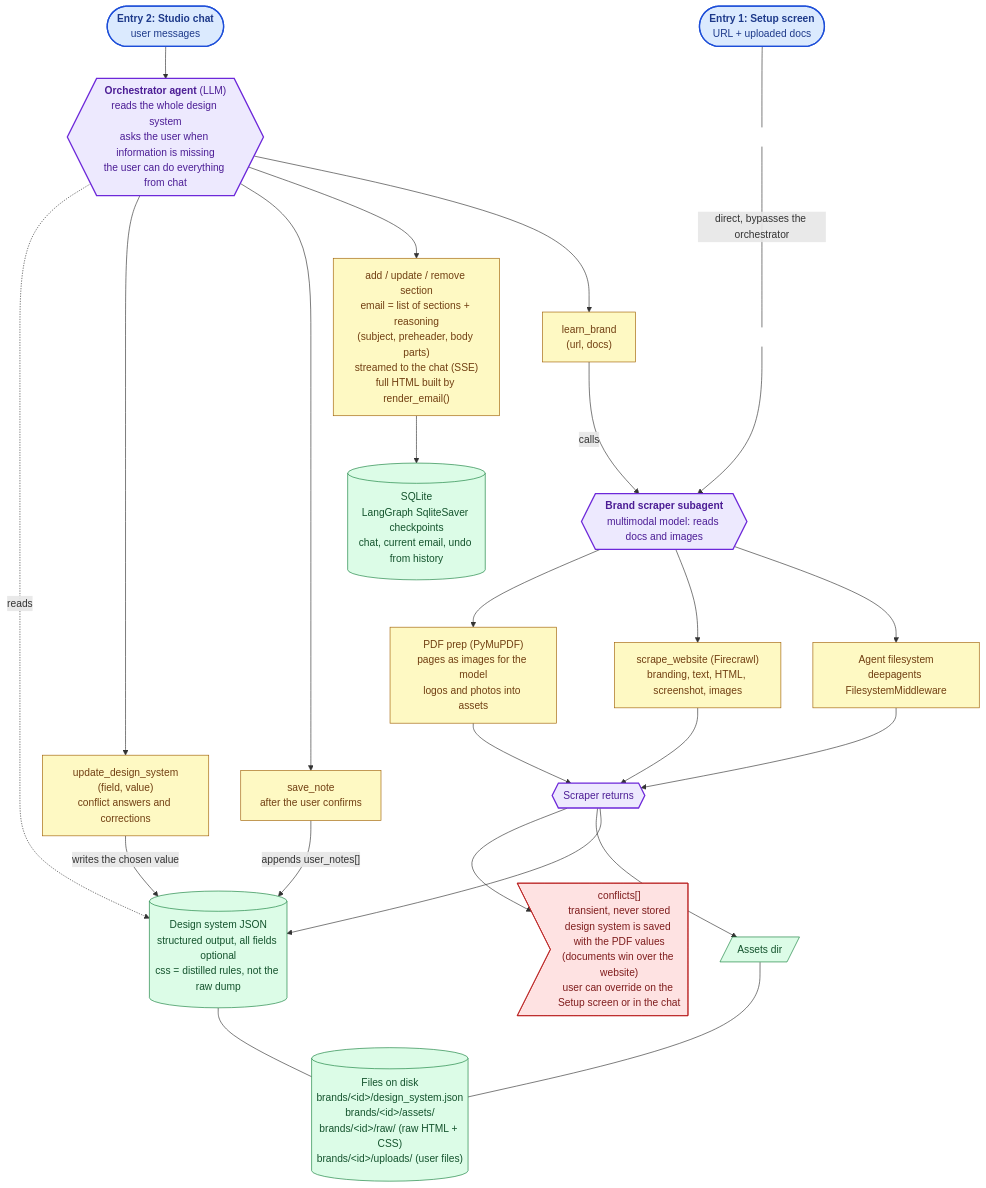
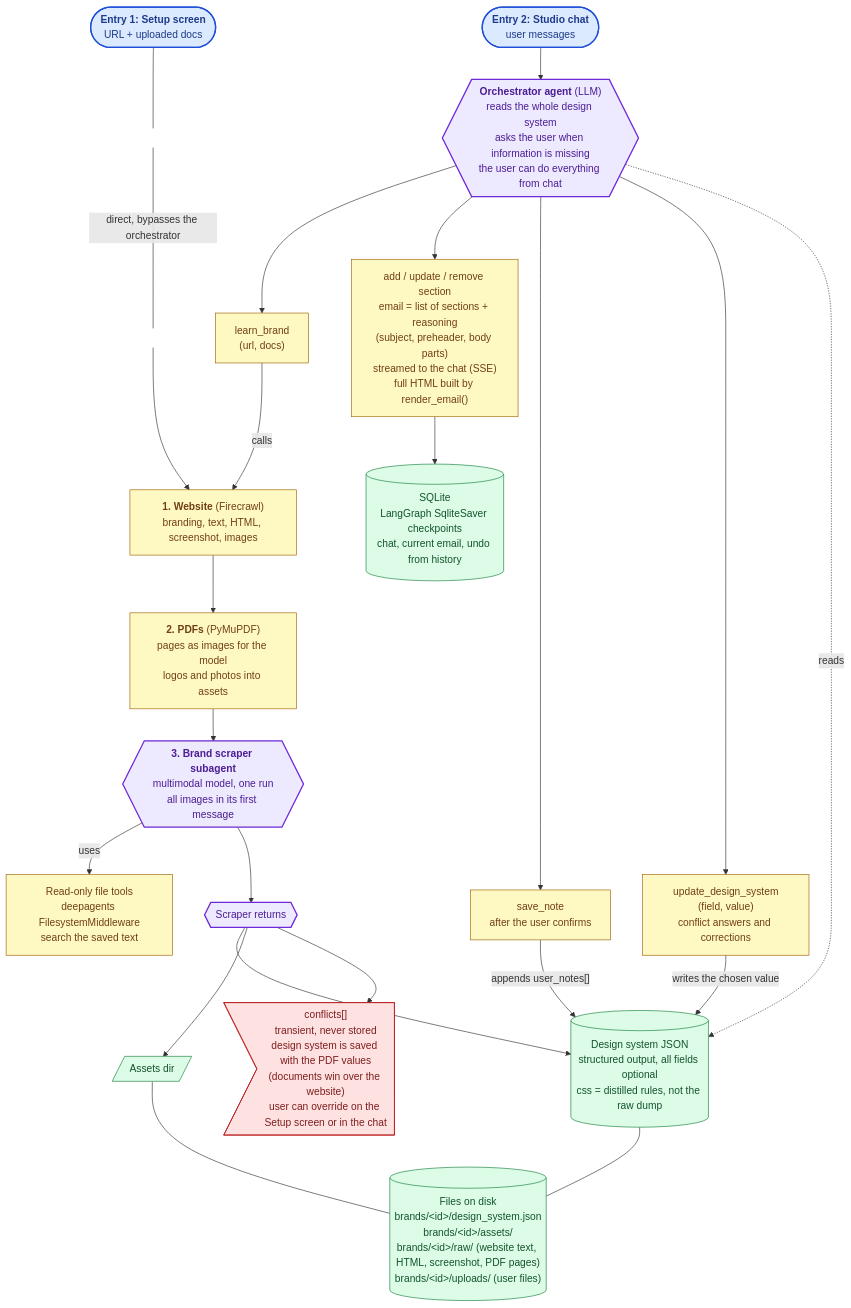
One commit to fed3c3sa/textyess-email-agent changed the diagram in README.md. Above: the diagram before and after it, drawn with Mermaid. The commit also changed 2 other files, not shown here.

Commit message:
refactor: update README for clarity and remove obsolete scraper tools and tests

````diff
--- a/README.md
+++ b/README.md
@@ -8,69 +8,67 @@
 ```mermaid
 flowchart TB
     SETUPUI(["<b>Entry 1: Setup screen</b><br/>URL + uploaded docs"])
     CHAT(["<b>Entry 2: Studio chat</b><br/>user messages"])
 
-    SCRAPER{{"<b>Brand scraper subagent</b><br/>multimodal model: reads docs and images"}}
+    SCRAPER{{"<b>3. Brand scraper subagent</b><br/>multimodal model, one run<br/>all images in its first message"}}
     ORCH{{"<b>Orchestrator agent</b> (LLM)<br/>reads the whole design system<br/>asks the user when information is missing<br/>the user can do everything from chat"}}
 
-    FSMW["Agent filesystem<br/>deepagents FilesystemMiddleware"]
-    WEB["scrape_website (Firecrawl)<br/>branding, text, HTML, screenshot, images"]
-    PDF["PDF prep (PyMuPDF)<br/>pages as images for the model<br/>logos and photos into assets"]
+    FSMW["Read-only file tools<br/>deepagents FilesystemMiddleware<br/>search the saved text"]
+    WEB["<b>1. Website</b> (Firecrawl)<br/>branding, text, HTML, screenshot, images"]
+    PDF["<b>2. PDFs</b> (PyMuPDF)<br/>pages as images for the model<br/>logos and photos into assets"]
 
     LEARN["learn_brand<br/>(url, docs)"]
     SECT["add / update / remove section<br/>email = list of sections + reasoning<br/>(subject, preheader, body parts)<br/>streamed to the chat (SSE)<br/>full HTML built by render_email()"]
     NOTE["save_note<br/>after the user confirms"]
     UPDATE["update_design_system<br/>(field, value)<br/>conflict answers and corrections"]
 
     RET{{"Scraper returns"}}
     DS[("Design system JSON<br/>structured output, all fields optional<br/>css = distilled rules, not the raw dump")]
     ASSETS[/"Assets dir"/]
     CONF>"conflicts[]<br/>transient, never stored<br/>design system is saved with the PDF values<br/>(documents win over the website)<br/>user can override on the Setup screen or in the chat"]
 
     STORE[("SQLite<br/>LangGraph SqliteSaver checkpoints<br/>chat, current email, undo from history")]
-    FILES[("Files on disk<br/>brands/&lt;id&gt;/design_system.json<br/>brands/&lt;id&gt;/assets/<br/>brands/&lt;id&gt;/raw/ (raw HTML + CSS)<br/>brands/&lt;id&gt;/uploads/ (user files)")]
+    FILES[("Files on disk<br/>brands/&lt;id&gt;/design_system.json<br/>brands/&lt;id&gt;/assets/<br/>brands/&lt;id&gt;/raw/ (website text, HTML, screenshot, PDF pages)<br/>brands/&lt;id&gt;/uploads/ (user files)")]
 
     SP1[" "]
     SP2[" "]
     SETUPUI --- SP1
     SP1 -- "direct, bypasses the orchestrator" --- SP2
-    SP2 --> SCRAPER
+    SP2 --> WEB
     CHAT --> ORCH
 
     ORCH --> LEARN
     ORCH --> SECT
     ORCH --> NOTE
     ORCH --> UPDATE
-    LEARN -- "calls" --> SCRAPER
+    LEARN -- "calls" --> WEB
 
-    SCRAPER --> FSMW
-    SCRAPER --> WEB
-    SCRAPER --> PDF
-    FSMW --> RET
-    WEB --> RET
-    PDF --> RET
+    WEB --> PDF
+    PDF --> SCRAPER
+    SCRAPER -- "uses" --> FSMW
+    SCRAPER --> RET
 
     RET --> DS
     RET --> ASSETS
     RET --> CONF
 
     NOTE -- "appends user_notes[]" --> DS
     UPDATE -- "writes the chosen value" --> DS
     ORCH -. "reads" .-> DS
     SECT --> STORE
     DS --- FILES
     ASSETS --- FILES
 
     classDef hidden fill:none,stroke:none,color:none
     classDef entry fill:#dbeafe,stroke:#1d4ed8,stroke-width:2px,color:#1e3a8a
     classDef agent fill:#ede9fe,stroke:#6d28d9,stroke-width:2px,color:#4c1d95
     classDef tool fill:#fef9c3,stroke:#a16207,color:#713f12
     classDef data fill:#dcfce7,stroke:#15803d,color:#14532d
     classDef warn fill:#fee2e2,stroke:#b91c1c,color:#7f1d1d
     class SETUPUI,CHAT entry
     class ORCH,SCRAPER,RET agent
     class LEARN,SECT,NOTE,UPDATE,FSMW,WEB,PDF tool
     class DS,ASSETS,STORE,FILES data
     class CONF warn
     class SP1,SP2 hidden
 ```
````
